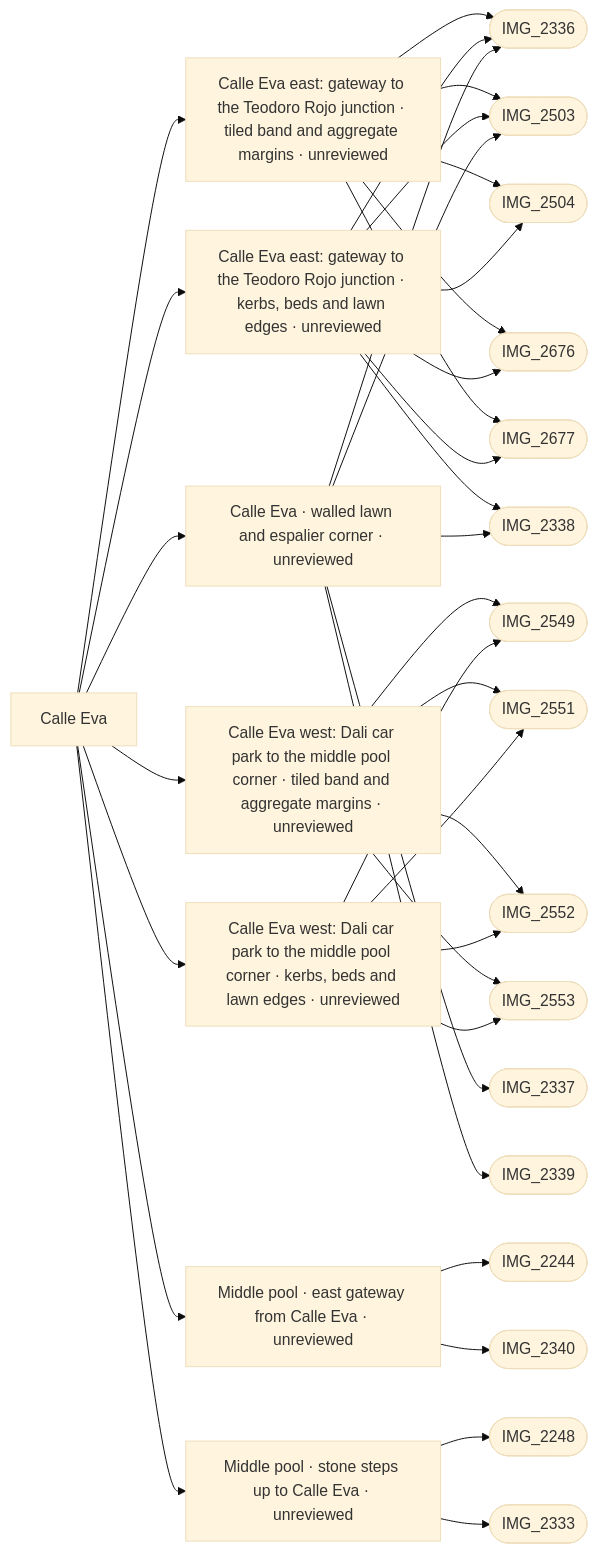
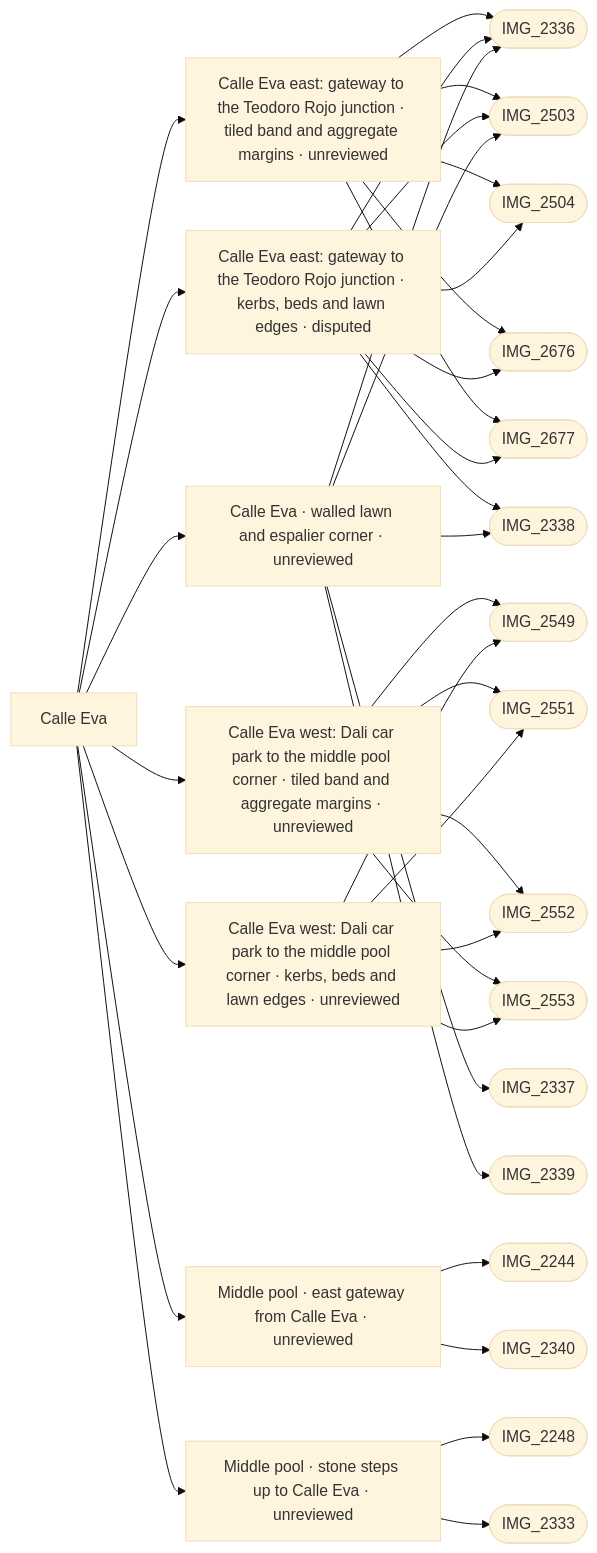
One commit to daveyboyc/villacana-venture changed the diagram in refs/areas/eva.md. Above: the diagram before and after it, drawn with Mermaid (base theme). The commit also changed other lines of this file and 29 other files, not shown here.

First line of the commit message:
Eva lane: photo checks, follow-up planting task, browser test and map/graph regeneration

````diff
--- a/refs/areas/eva.md
+++ b/refs/areas/eva.md
@@ -41,39 +42,39 @@
 ```mermaid
 graph LR
   A["Calle Eva"]
   A --> F0["Calle Eva east: gateway to the Teodoro Rojo junction · tiled band and aggregate margins · unreviewed"]
   F0 --> PIMG_2336_jpg(["IMG_2336"])
   F0 --> PIMG_2503_jpg(["IMG_2503"])
   F0 --> PIMG_2504_jpg(["IMG_2504"])
   F0 --> PIMG_2676_jpg(["IMG_2676"])
   F0 --> PIMG_2677_jpg(["IMG_2677"])
-  A --> F1["Calle Eva east: gateway to the Teodoro Rojo junction · kerbs, beds and lawn edges · unreviewed"]
+  A --> F1["Calle Eva east: gateway to the Teodoro Rojo junction · kerbs, beds and lawn edges · disputed"]
   F1 --> PIMG_2336_jpg(["IMG_2336"])
   F1 --> PIMG_2338_jpg(["IMG_2338"])
   F1 --> PIMG_2503_jpg(["IMG_2503"])
   F1 --> PIMG_2504_jpg(["IMG_2504"])
   F1 --> PIMG_2676_jpg(["IMG_2676"])
   F1 --> PIMG_2677_jpg(["IMG_2677"])
   A --> F2["Calle Eva west: Dali car park to the middle pool corner · tiled band and aggregate margins · unreviewed"]
   F2 --> PIMG_2549_jpg(["IMG_2549"])
   F2 --> PIMG_2551_jpg(["IMG_2551"])
   F2 --> PIMG_2552_jpg(["IMG_2552"])
   F2 --> PIMG_2553_jpg(["IMG_2553"])
   A --> F3["Calle Eva west: Dali car park to the middle pool corner · kerbs, beds and lawn edges · unreviewed"]
   F3 --> PIMG_2549_jpg(["IMG_2549"])
   F3 --> PIMG_2551_jpg(["IMG_2551"])
   F3 --> PIMG_2552_jpg(["IMG_2552"])
   F3 --> PIMG_2553_jpg(["IMG_2553"])
   A --> F4["Calle Eva · walled lawn and espalier corner · unreviewed"]
   F4 --> PIMG_2336_jpg(["IMG_2336"])
   F4 --> PIMG_2337_jpg(["IMG_2337"])
   F4 --> PIMG_2338_jpg(["IMG_2338"])
   F4 --> PIMG_2339_jpg(["IMG_2339"])
   F4 --> PIMG_2503_jpg(["IMG_2503"])
   A --> F5["Middle pool · east gateway from Calle Eva · unreviewed"]
   F5 --> PIMG_2244_jpg(["IMG_2244"])
   F5 --> PIMG_2340_jpg(["IMG_2340"])
   A --> F6["Middle pool · stone steps up to Calle Eva · unreviewed"]
   F6 --> PIMG_2248_jpg(["IMG_2248"])
   F6 --> PIMG_2333_jpg(["IMG_2333"])
 ```
````
